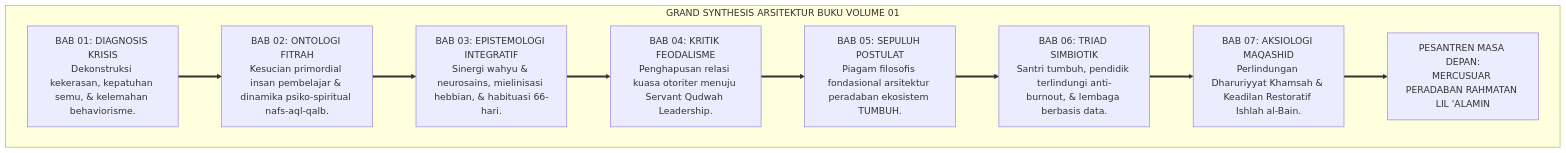
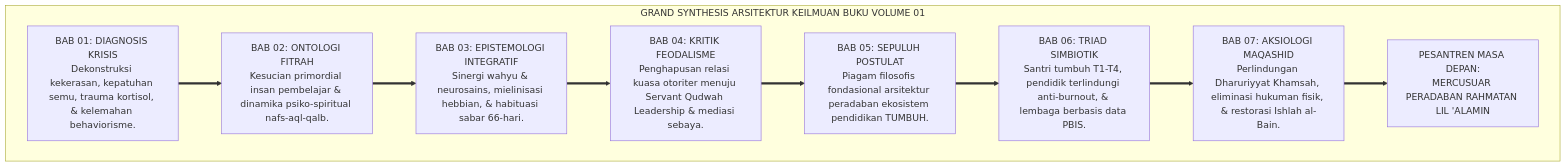
Before and after one commit to wandiapriliyandi/tumbuh: the first of 2 diagrams in BOOK-SERIES/Volume-01/Bab-07-Aksiologi-dan-Maqashid-Syariah-Pengasuhan/05-Epilog-Pesantren-Masa-Depan-Mercusuar-Peradaban.md, drawn with Mermaid. The commit also changed other lines of this file and 24 other files, not shown here.

Commit message:
feat(book-01): perkaya dan perdalam seluruh isi subbab bab 02 s.d. 07 dengan elaborasi komprehensif, analisis mendalam, dan diagram alur lengkap

````diff
--- a/BOOK-SERIES/Volume-01/Bab-07-Aksiologi-dan-Maqashid-Syariah-Pengasuhan/05-Epilog-Pesantren-Masa-Depan-Mercusuar-Peradaban.md
+++ b/BOOK-SERIES/Volume-01/Bab-07-Aksiologi-dan-Maqashid-Syariah-Pengasuhan/05-Epilog-Pesantren-Masa-Depan-Mercusuar-Peradaban.md
@@ -16,14 +16,14 @@
 ```mermaid
 graph TD
-    subgraph GrandSynthesis["GRAND SYNTHESIS ARSITEKTUR BUKU VOLUME 01"]
-        B1["BAB 01: DIAGNOSIS KRISIS<br/>Dekonstruksi kekerasan, kepatuhan semu, & kelemahan behaviorisme."]
+    subgraph GrandSynthesis["GRAND SYNTHESIS ARSITEKTUR KEILMUAN BUKU VOLUME 01"]
+        B1["BAB 01: DIAGNOSIS KRISIS<br/>Dekonstruksi kekerasan, kepatuhan semu, trauma kortisol, & kelemahan behaviorisme."]
         B2["BAB 02: ONTOLOGI FITRAH<br/>Kesucian primordial insan pembelajar & dinamika psiko-spiritual nafs-aql-qalb."]
-        B3["BAB 03: EPISTEMOLOGI INTEGRATIF<br/>Sinergi wahyu & neurosains, mielinisasi hebbian, & habituasi 66-hari."]
-        B4["BAB 04: KRITIK FEODALISME<br/>Penghapusan relasi kuasa otoriter menuju Servant Qudwah Leadership."]
-        B5["BAB 05: SEPULUH POSTULAT<br/>Piagam filosofis fondasional arsitektur peradaban ekosistem TUMBUH."]
-        B6["BAB 06: TRIAD SIMBIOTIK<br/>Santri tumbuh, pendidik terlindungi anti-burnout, & lembaga berbasis data."]
-        B7["BAB 07: AKSIOLOGI MAQASHID<br/>Perlindungan Dharuriyyat Khamsah & Keadilan Restoratif Ishlah al-Bain."]
+        B3["BAB 03: EPISTEMOLOGI INTEGRATIF<br/>Sinergi wahyu & neurosains, mielinisasi hebbian, & habituasi sabar 66-hari."]
+        B4["BAB 04: KRITIK FEODALISME<br/>Penghapusan relasi kuasa otoriter menuju Servant Qudwah Leadership & mediasi sebaya."]
+        B5["BAB 05: SEPULUH POSTULAT<br/>Piagam filosofis fondasional arsitektur peradaban ekosistem pendidikan TUMBUH."]
+        B6["BAB 06: TRIAD SIMBIOTIK<br/>Santri tumbuh T1-T4, pendidik terlindungi anti-burnout, & lembaga berbasis data PBIS."]
+        B7["BAB 07: AKSIOLOGI MAQASHID<br/>Perlindungan Dharuriyyat Khamsah, eliminasi hukuman fisik, & restorasi Ishlah al-Bain."]
         
         B1 ==> B2 ==> B3 ==> B4 ==> B5 ==> B6 ==> B7 ==> Peradaban["PESANTREN MASA DEPAN:<br/>MERCUSUAR PERADABAN RAHMATAN LIL 'ALAMIN"]
     end
 ```
````
